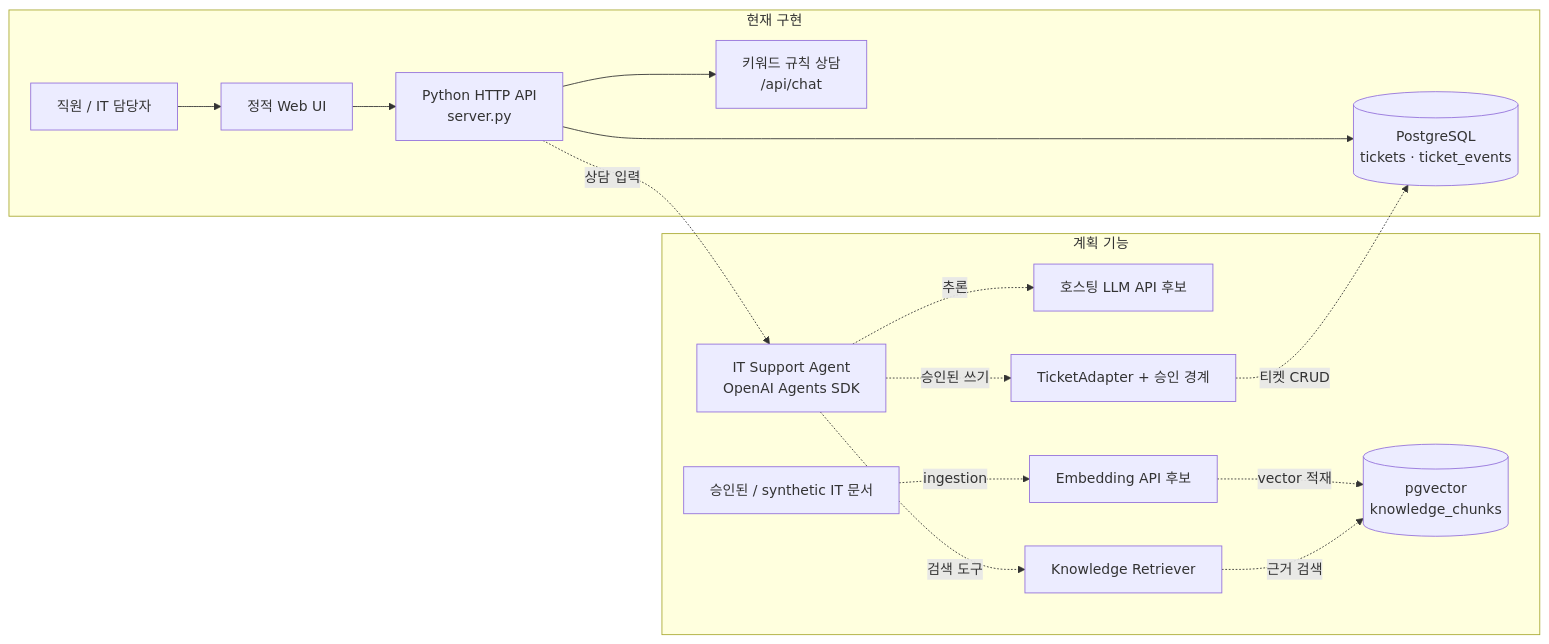
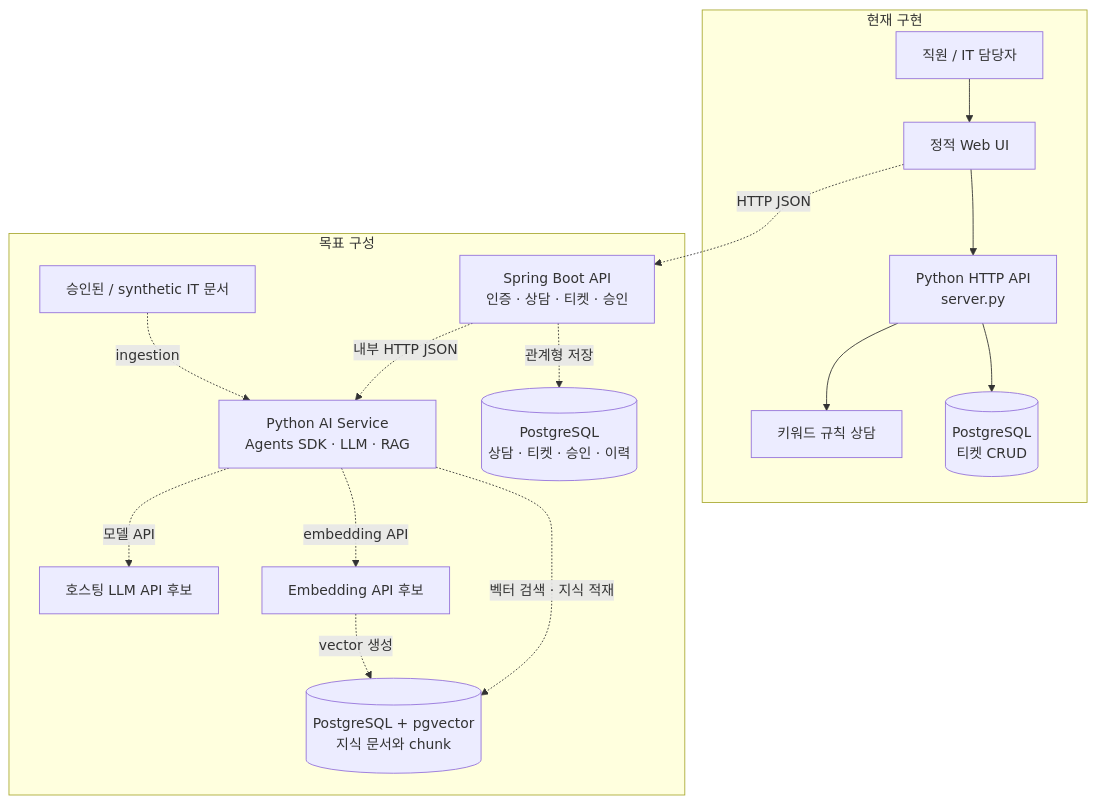
The first of 2 diagrams in docs/architecture.md (Jhanoo/hanwha_final), drawn with Mermaid before and after one commit. The commit also changed other lines of this file and 8 other files, not shown here.

````diff
--- a/docs/architecture.md
+++ b/docs/architecture.md
@@ -9,19 +11,20 @@
 ```mermaid
-flowchart LR
-    subgraph now[현재 구현]
+flowchart TB
+    subgraph current[현재 구현]
         E[직원 / IT 담당자] --> UI[정적 Web UI]
-        UI --> API[Python HTTP API<br/>server.py]
-        API --> RULE[키워드 규칙 상담<br/>/api/chat]
-        API --> PG[(PostgreSQL<br/>tickets · ticket_events)]
+        UI --> PYAPI[Python HTTP API<br/>server.py]
+        PYAPI --> RULE[키워드 규칙 상담]
+        PYAPI --> PG[(PostgreSQL<br/>티켓 CRUD)]
     end
-    subgraph target[계획 기능]
-        API -. 상담 입력 .-> AGENT[IT Support Agent<br/>OpenAI Agents SDK]
-        AGENT -. 추론 .-> LLM[호스팅 LLM API 후보]
-        AGENT -. 검색 도구 .-> RAG[Knowledge Retriever]
-        DOC[승인된 / synthetic IT 문서] -. ingestion .-> EMB[Embedding API 후보]
-        EMB -. vector 적재 .-> VDB[(pgvector<br/>knowledge_chunks)]
-        RAG -. 근거 검색 .-> VDB
-        AGENT -. 승인된 쓰기 .-> ADAPTER[TicketAdapter + 승인 경계]
-        ADAPTER -. 티켓 CRUD .-> PG
+
+    subgraph target[목표 구성]
+        UI -. HTTP JSON .-> SPRING[Spring Boot API<br/>인증 · 상담 · 티켓 · 승인]
+        SPRING -. 내부 HTTP JSON .-> AI[Python AI Service<br/>Agents SDK · LLM · RAG]
+        AI -. 벡터 검색 · 지식 적재 .-> VDB[(PostgreSQL + pgvector<br/>지식 문서와 chunk)]
+        SPRING -. 관계형 저장 .-> DB[(PostgreSQL<br/>상담 · 티켓 · 승인 · 이력)]
+        DOC[승인된 / synthetic IT 문서] -. ingestion .-> AI
+        AI -. 모델 API .-> LLM[호스팅 LLM API 후보]
+        AI -. embedding API .-> EMB[Embedding API 후보]
+        EMB -. vector 생성 .-> VDB
     end
 ```
````
